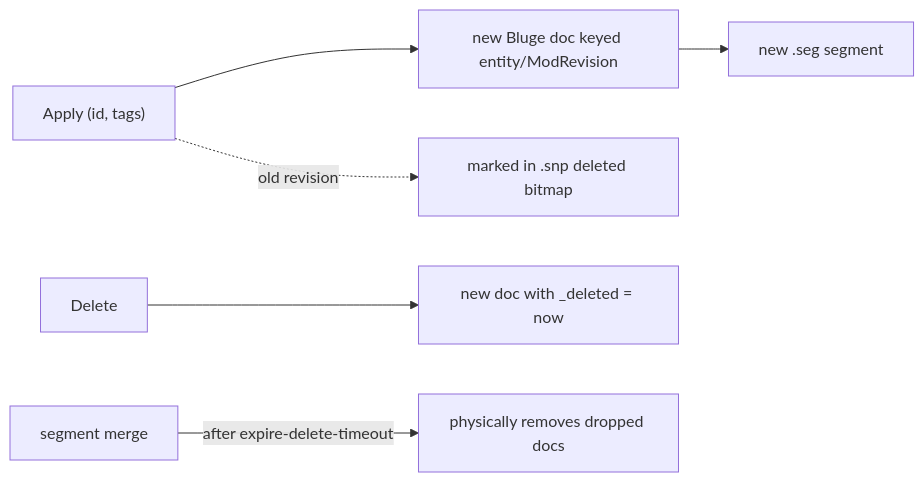
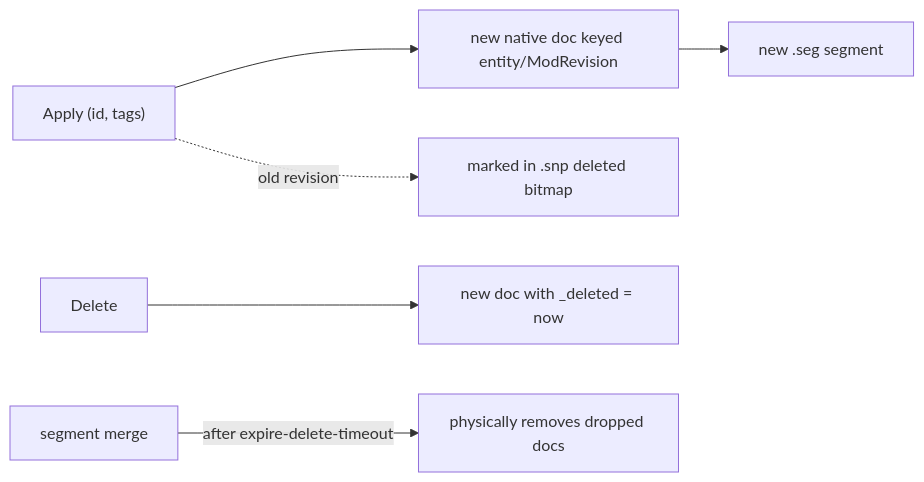
Before and after one commit to apache/skywalking-banyandb: diagram 11 of 11 in docs/concept/storage-and-format.md, drawn with Mermaid. The commit also changed other lines of this file and 161 other files, not shown here.

````diff
--- a/docs/concept/storage-and-format.md
+++ b/docs/concept/storage-and-format.md
@@ -398,8 +399,8 @@
 ```mermaid
 flowchart LR
-    A["Apply (id, tags)"] --> D["new Bluge doc keyed entity/ModRevision"]
+    A["Apply (id, tags)"] --> D["new native doc keyed entity/ModRevision"]
     D --> SEG["new .seg segment"]
     A -.->|old revision| DROP["marked in .snp deleted bitmap"]
     DEL["Delete"] --> TOMB["new doc with _deleted = now"]
     MERGE["segment merge"] -->|after expire-delete-timeout| GC["physically removes dropped docs"]
 ```
````
